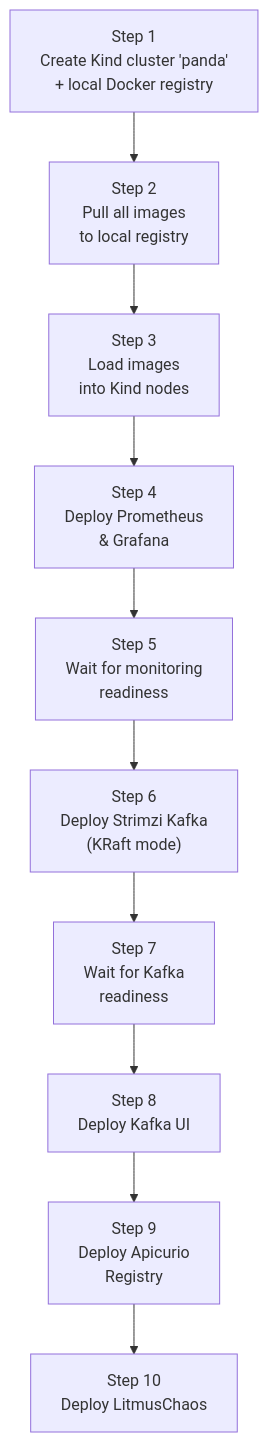
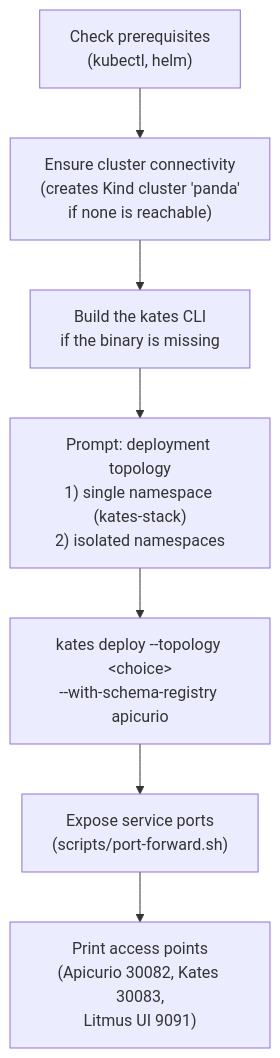
The second of 3 diagrams in docs/book/12-deployment.md (actions-marketplace-validations/bmscomp_kates), drawn with Mermaid before and after one commit. The commit also changed other lines of this file and 23 other files, not shown here.

````diff
--- a/docs/book/12-deployment.md
+++ b/docs/book/12-deployment.md
@@ -311,12 +311,9 @@
 ```mermaid
 graph TD
-    S1["Step 1<br/>Create Kind cluster 'panda'<br/>+ local Docker registry"] --> S2["Step 2<br/>Pull all images<br/>to local registry"]
-    S2 --> S3["Step 3<br/>Load images<br/>into Kind nodes"]
-    S3 --> S4["Step 4<br/>Deploy Prometheus<br/>& Grafana"]
-    S4 --> S5["Step 5<br/>Wait for monitoring<br/>readiness"]
-    S5 --> S6["Step 6<br/>Deploy Strimzi Kafka<br/>(KRaft mode)"]
-    S6 --> S7["Step 7<br/>Wait for Kafka<br/>readiness"]
-    S7 --> S8["Step 8<br/>Deploy Kafka UI"]
-    S8 --> S9["Step 9<br/>Deploy Apicurio<br/>Registry"]
-    S9 --> S10["Step 10<br/>Deploy LitmusChaos"]
+    S1["Check prerequisites<br/>(kubectl, helm)"] --> S2["Ensure cluster connectivity<br/>(creates Kind cluster 'panda'<br/>if none is reachable)"]
+    S2 --> S3["Build the kates CLI<br/>if the binary is missing"]
+    S3 --> S4["Prompt: deployment topology<br/>1) single namespace (kates-stack)<br/>2) isolated namespaces"]
+    S4 --> S5["kates deploy --topology &lt;choice&gt;<br/>--with-schema-registry apicurio"]
+    S5 --> S6["Expose service ports<br/>(scripts/port-forward.sh)"]
+    S6 --> S7["Print access points<br/>(Apicurio 30082, Kates 30083,<br/>Litmus UI 9091)"]
 ```
````
